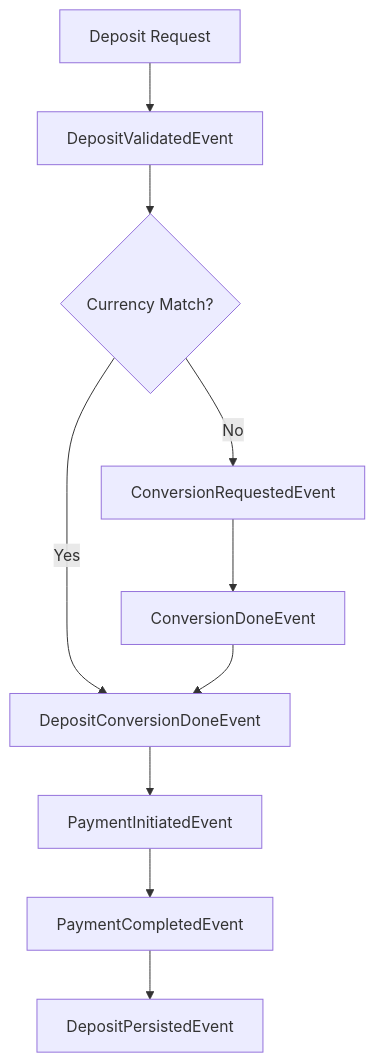
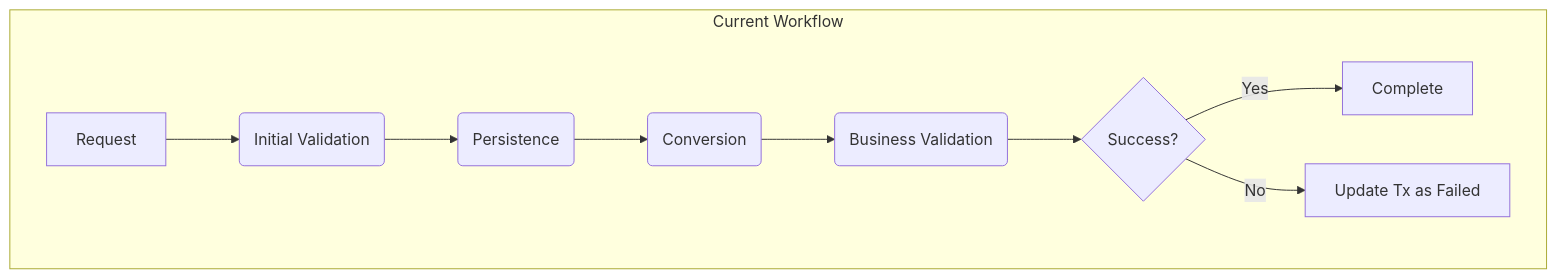
Before and after one commit to amirasaad/fintech: the first of 2 diagrams in docs/architecture.md, drawn with Mermaid. The commit also changed other lines of this file and 47 other files, not shown here.

````diff
--- a/docs/architecture.md
+++ b/docs/architecture.md
@@ -79,12 +32,12 @@
 ```mermaid
 graph TD
-    A[Deposit Request] --> B[DepositValidatedEvent]
-    B --> C{Currency Match?}
-    C -->|No| D[ConversionRequestedEvent]
-    C -->|Yes| E[DepositConversionDoneEvent]
-    D --> F[ConversionDoneEvent]
-    F --> E
-    E --> G[PaymentInitiatedEvent]
-    G --> H[PaymentCompletedEvent]
-    H --> I[DepositPersistedEvent]
+    subgraph Current Workflow
+        A[Request] --> B(Initial Validation);
+        B --> C(Persistence);
+        C --> D(Conversion);
+        D --> E(Business Validation);
+        E --> F{Success?};
+        F -- Yes --> G[Complete];
+        F -- No --> H[Update Tx as Failed];
+    end
 ```
````
